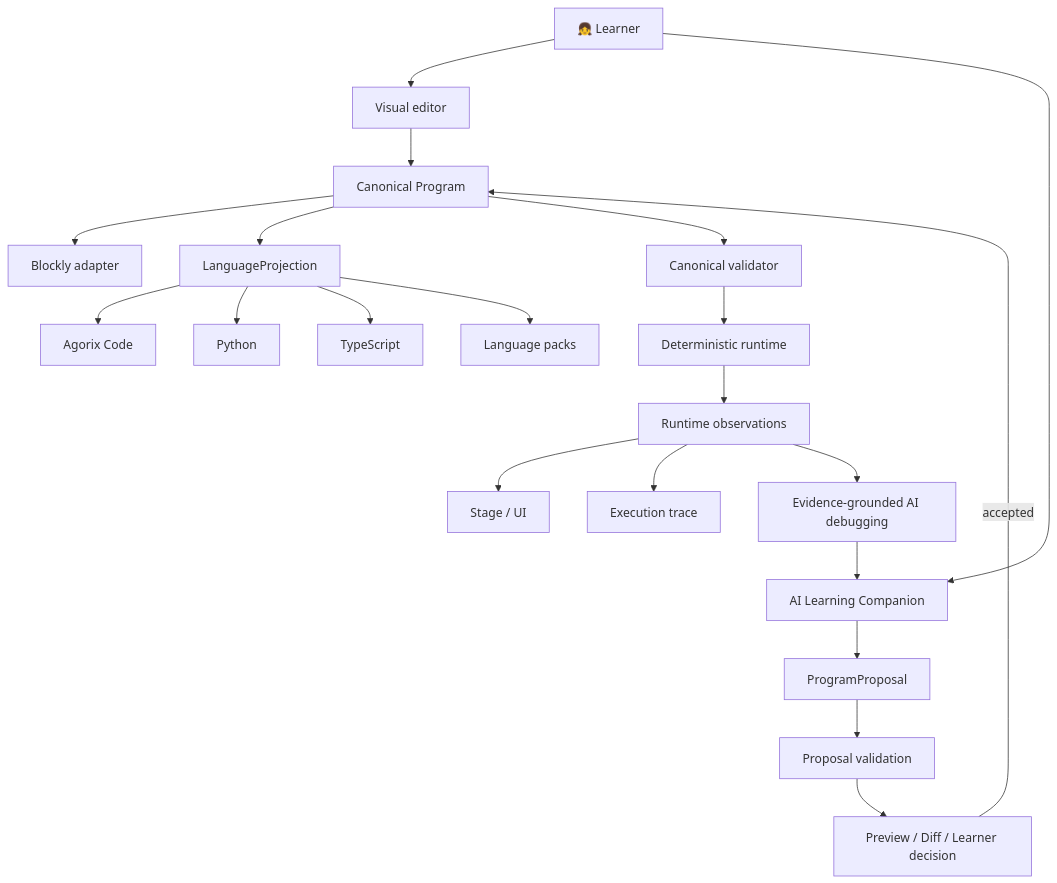
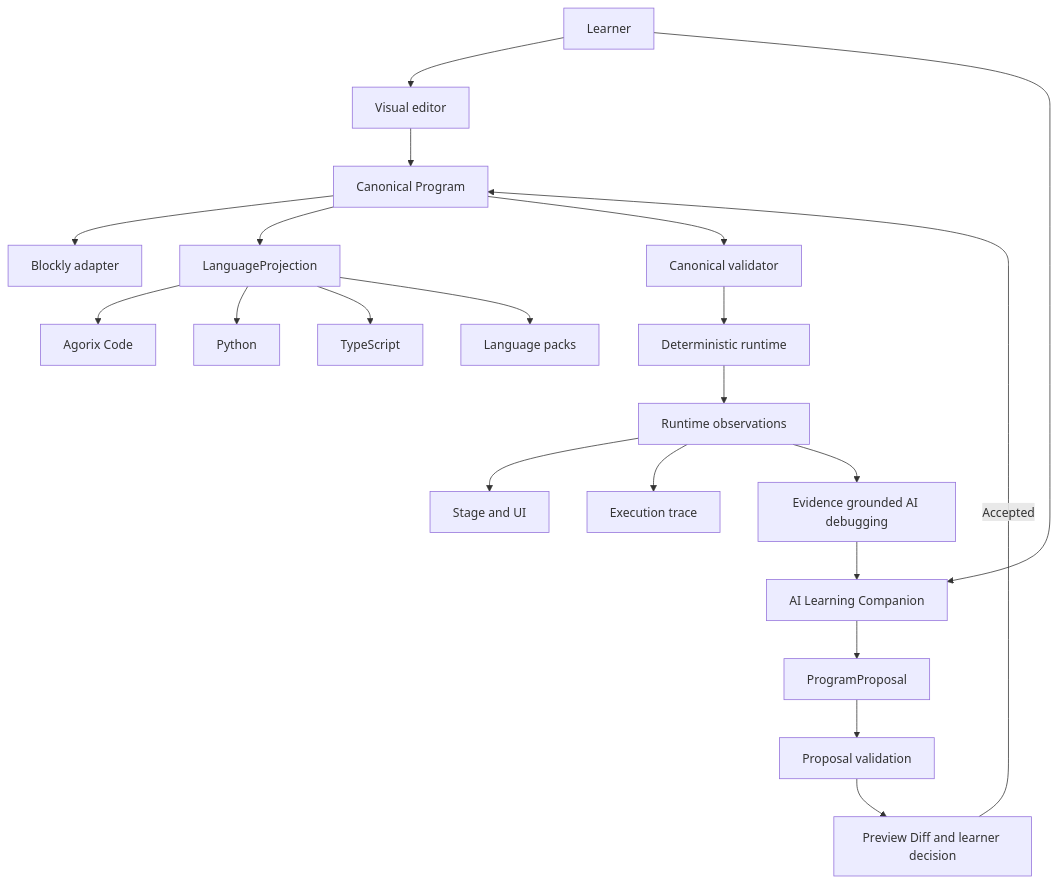
Diagram 12 of 16 in README.md (Modern-Ash/agorix), drawn with Mermaid before and after one commit. The commit also changed other lines of this file, not shown here.

Commit message:
docs: make Mermaid diagrams GitHub-safe

````diff
--- a/README.md
+++ b/README.md
@@ -546,31 +518,24 @@
 ```mermaid
 flowchart TB
-    CHILD["👧 Learner"]
-
-    CHILD --> EDITOR["Visual editor"]
-    CHILD --> LC["AI Learning Companion"]
-
-    EDITOR --> CP["Canonical Program"]
-
-    LC --> PP["ProgramProposal"]
-    PP --> VALIDATE["Proposal validation"]
-    VALIDATE --> REVIEW["Preview / Diff / Learner decision"]
-    REVIEW -->|accepted| CP
-
-    CP --> BLOCKS["Blockly adapter"]
-    CP --> LP["LanguageProjection"]
-    CP --> V["Canonical validator"]
-
-    LP --> AC["Agorix Code"]
-    LP --> PY["Python"]
-    LP --> TS["TypeScript"]
-    LP --> MORE["Language packs"]
-
-    V --> RT["Deterministic runtime"]
-    RT --> OBS["Runtime observations"]
-    OBS --> STAGE["Stage / UI"]
-    OBS --> TRACE["Execution trace"]
-    OBS --> DEBUG["Evidence-grounded AI debugging"]
-
+    CHILD[Learner]
+    CHILD --> EDITOR[Visual editor]
+    CHILD --> LC[AI Learning Companion]
+    EDITOR --> CP[Canonical Program]
+    LC --> PP[ProgramProposal]
+    PP --> VALIDATE[Proposal validation]
+    VALIDATE --> REVIEW[Preview Diff and learner decision]
+    REVIEW -->|Accepted| CP
+    CP --> BLOCKS[Blockly adapter]
+    CP --> LP[LanguageProjection]
+    CP --> V[Canonical validator]
+    LP --> AC[Agorix Code]
+    LP --> PY[Python]
+    LP --> TS[TypeScript]
+    LP --> MORE[Language packs]
+    V --> RT[Deterministic runtime]
+    RT --> OBS[Runtime observations]
+    OBS --> STAGE[Stage and UI]
+    OBS --> TRACE[Execution trace]
+    OBS --> DEBUG[Evidence grounded AI debugging]
     DEBUG --> LC
 ```
````
